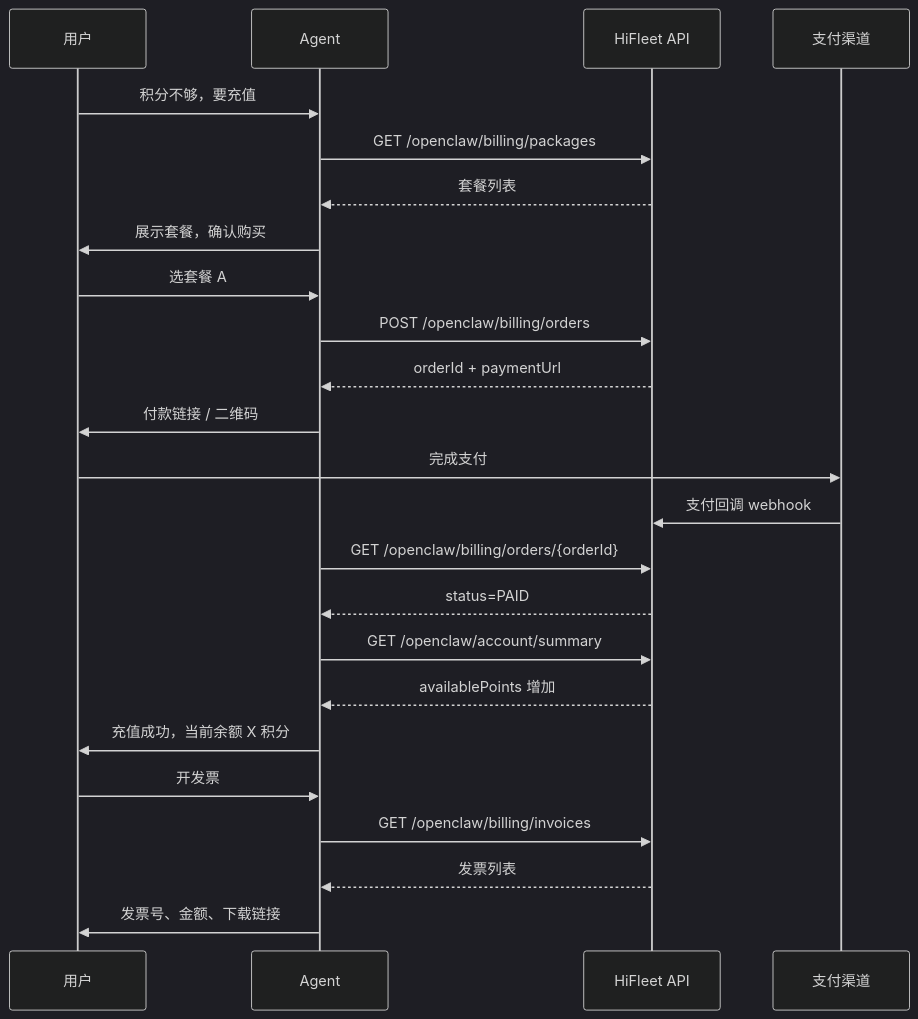
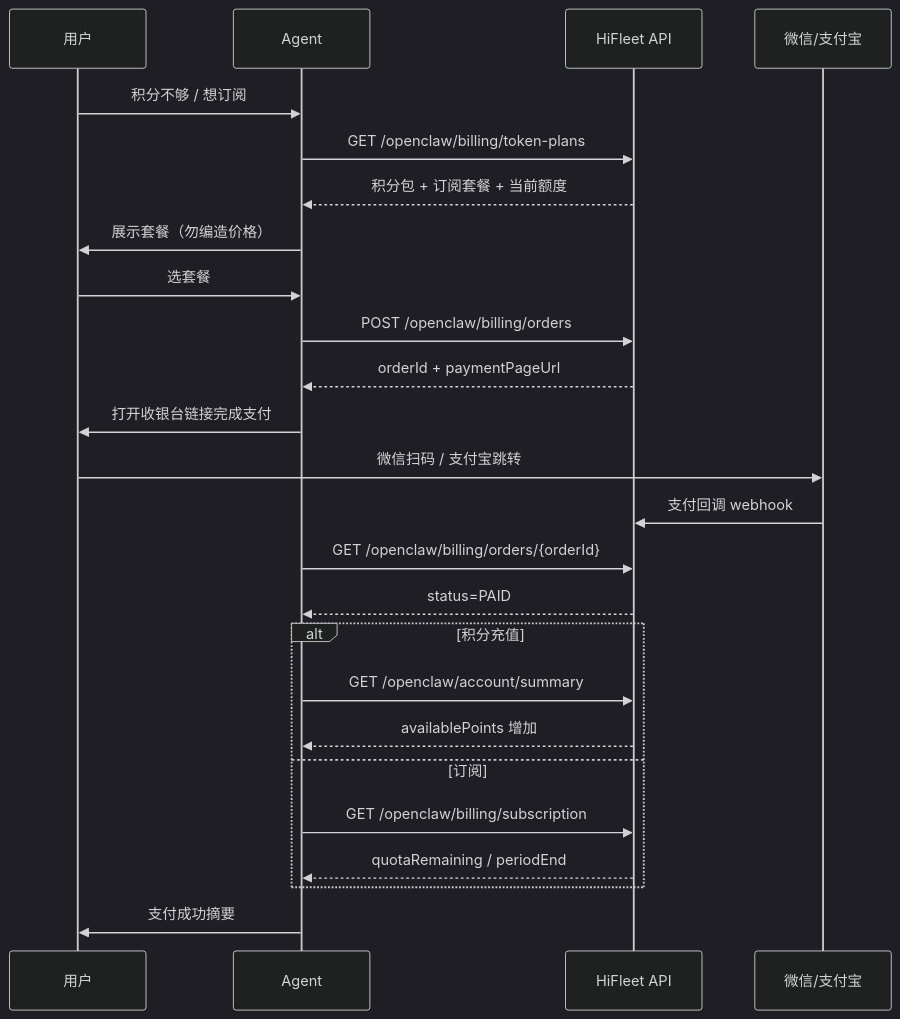
One commit to charleiWang/hifleet-skills changed the diagram in references/billing_api.md. Above: the diagram before and after it, drawn with Mermaid (dark theme). The commit also changed other lines of this file and 9 other files, not shown here.

````diff
--- a/references/billing_api.md
+++ b/references/billing_api.md
@@ -21,27 +26,28 @@
 ```mermaid
 sequenceDiagram
     participant U as 用户
     participant A as Agent
     participant API as HiFleet API
-    participant Pay as 支付渠道
+    participant Pay as 微信/支付宝
 
-    U->>A: 积分不够，要充值
-    A->>API: GET /openclaw/billing/packages
-    API-->>A: 套餐列表
-    A->>U: 展示套餐，确认购买
-    U->>A: 选套餐 A
+    U->>A: 积分不够 / 想订阅
+    A->>API: GET /openclaw/billing/token-plans
+    API-->>A: 积分包 + 订阅套餐 + 当前额度
+    A->>U: 展示套餐（勿编造价格）
+    U->>A: 选套餐
     A->>API: POST /openclaw/billing/orders
-    API-->>A: orderId + paymentUrl
-    A->>U: 付款链接 / 二维码
-    U->>Pay: 完成支付
+    API-->>A: orderId + paymentPageUrl
+    A->>U: 打开收银台链接完成支付
+    U->>Pay: 微信扫码 / 支付宝跳转
     Pay->>API: 支付回调 webhook
     A->>API: GET /openclaw/billing/orders/{orderId}
     API-->>A: status=PAID
-    A->>API: GET /openclaw/account/summary
-    API-->>A: availablePoints 增加
-    A->>U: 充值成功，当前余额 X 积分
-    U->>A: 开发票
-    A->>API: GET /openclaw/billing/invoices
-    API-->>A: 发票列表
-    A->>U: 发票号、金额、下载链接
+    alt 积分充值
+        A->>API: GET /openclaw/account/summary
+        API-->>A: availablePoints 增加
+    else 订阅
+        A->>API: GET /openclaw/billing/subscription
+        API-->>A: quotaRemaining / periodEnd
+    end
+    A->>U: 支付成功摘要
 ```
````
